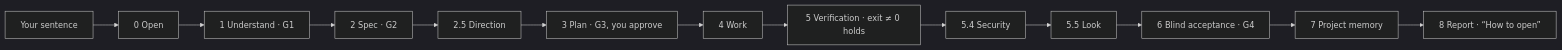
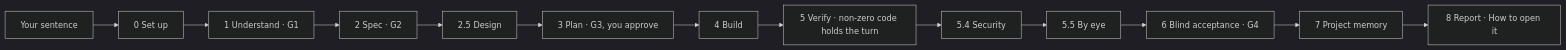
The diagram in README.en.md (edvardgrishin27/superstack-plugin), drawn with Mermaid (dark theme) before and after one commit. The commit also changed other lines of this file and 70 other files, not shown here.

````diff
--- a/README.en.md
+++ b/README.en.md
@@ -151,17 +153,17 @@
 ```mermaid
 flowchart LR
     A["Your sentence"]
-    B["0 Open"]
+    B["0 Set up"]
     C["1 Understand · G1"]
     D["2 Spec · G2"]
-    E["2.5 Direction"]
+    E["2.5 Design"]
     F["3 Plan · G3, you approve"]
-    G["4 Work"]
-    H["5 Verification · exit ≠ 0 holds"]
+    G["4 Build"]
+    H["5 Verify · non-zero code holds the turn"]
     I["5.4 Security"]
-    J["5.5 Look"]
+    J["5.5 By eye"]
     K["6 Blind acceptance · G4"]
     L["7 Project memory"]
-    M["8 Report · “How to open”"]
+    M["8 Report · How to open it"]
     A --> B --> C --> D --> E --> F --> G --> H --> I --> J --> K --> L --> M
 ```
````
